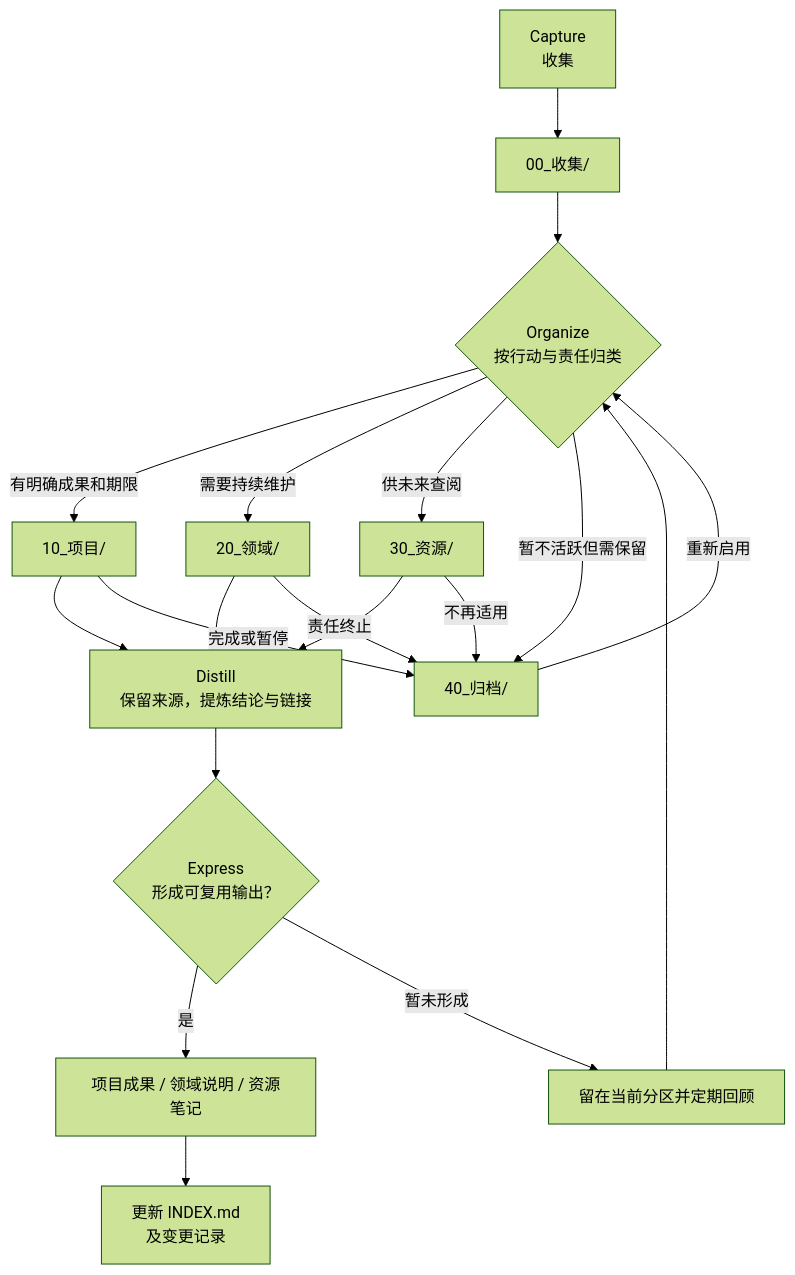
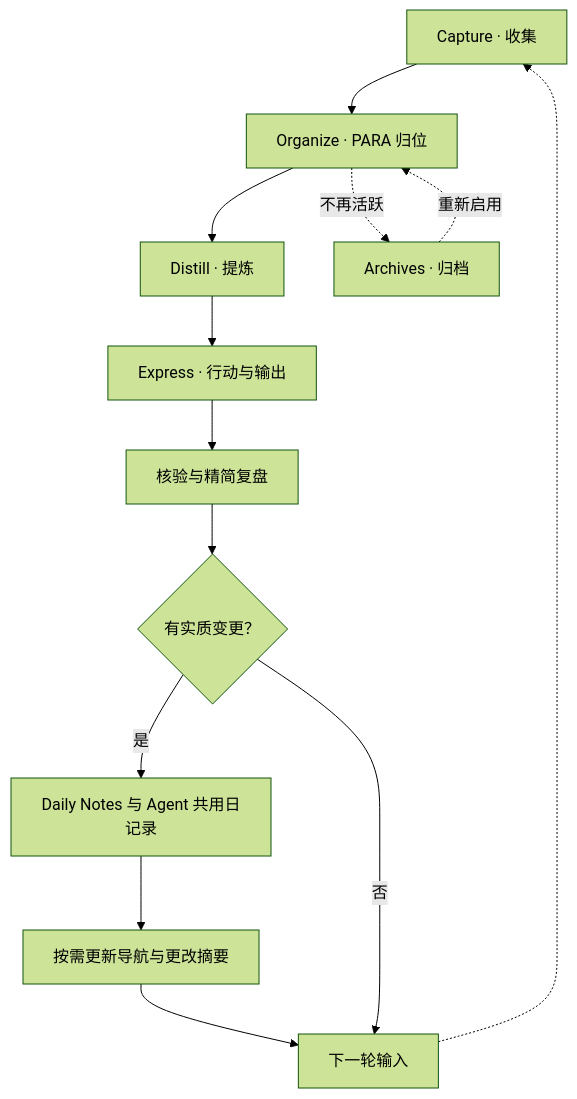
One commit to LEOlianggaosang/data_Git changed the diagram in PLAN.md. Above: the diagram before and after it, drawn with Mermaid (forest theme). The commit also changed other lines of this file and 76 other files, not shown here.

````diff
--- a/PLAN.md
+++ b/PLAN.md
@@ -70,21 +36,15 @@
 ```mermaid
 flowchart TD
-    CAP["Capture<br/>收集"] --> INBOX["00_收集/"]
-    INBOX --> ORG{"Organize<br/>按行动与责任归类"}
-    ORG -->|有明确成果和期限| PROJECT["10_项目/"]
-    ORG -->|需要持续维护| AREA["20_领域/"]
-    ORG -->|供未来查阅| RESOURCE["30_资源/"]
-    ORG -->|暂不活跃但需保留| ARCHIVE["40_归档/"]
-    PROJECT --> DISTILL["Distill<br/>保留来源，提炼结论与链接"]
-    AREA --> DISTILL
-    RESOURCE --> DISTILL
-    DISTILL --> EXPRESS{"Express<br/>形成可复用输出？"}
-    EXPRESS -->|是| OUTPUT["项目成果 / 领域说明 / 资源笔记"]
-    EXPRESS -->|暂未形成| REVIEW["留在当前分区并定期回顾"]
-    OUTPUT --> INDEX["更新 INDEX.md<br/>及变更记录"]
-    REVIEW --> ORG
-    PROJECT -->|完成或暂停| ARCHIVE
-    AREA -->|责任终止| ARCHIVE
-    RESOURCE -->|不再适用| ARCHIVE
-    ARCHIVE -->|重新启用| ORG
+    C["Capture · 收集"] --> O["Organize · PARA 归位"]
+    O --> D["Distill · 提炼"]
+    D --> E["Express · 行动与输出"]
+    E --> V["核验与精简复盘"]
+    V --> Q{"有实质变更？"}
+    Q -->|是| L["Daily Notes 与 Agent 共用日记录"]
+    L --> U["按需更新导航与更改摘要"]
+    U --> N["下一轮输入"]
+    Q -->|否| N
+    N -.-> C
+    O -.->|不再活跃| A["Archives · 归档"]
+    A -.->|重新启用| O
 ```
````
